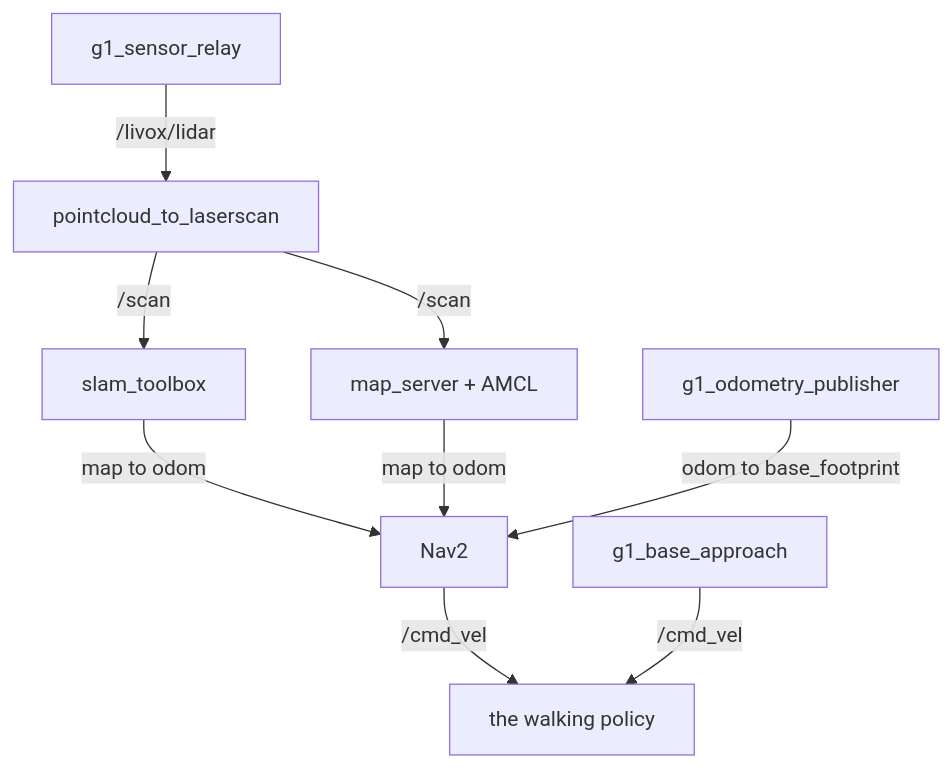
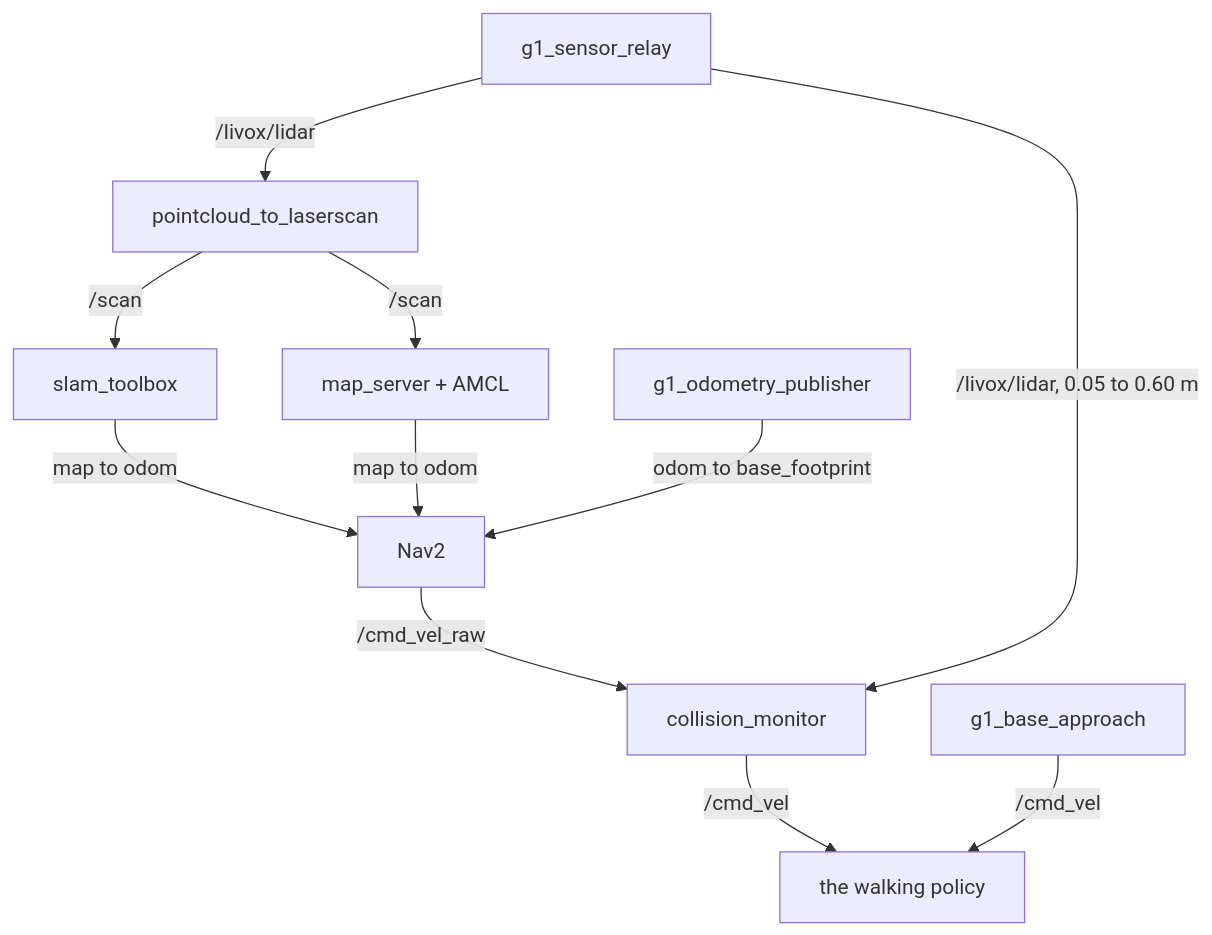
One commit to Adyansh04/grove-g1 changed the diagram in workspace/src/g1_navigation/README.md. Above: the diagram before and after it, drawn with Mermaid. The commit also changed other lines of this file and 3 other files, not shown here.

First line of the commit message:
Put Nav2's collision monitor between Nav2 and the gait

````diff
--- a/workspace/src/g1_navigation/README.md
+++ b/workspace/src/g1_navigation/README.md
@@ -7,11 +7,13 @@
 ```mermaid
 flowchart TB
     RELAY["g1_sensor_relay"] -- "/livox/lidar" --> SCAN["pointcloud_to_laserscan"]
     SCAN -- "/scan" --> SLAM["slam_toolbox"]
     SCAN -- "/scan" --> AMCL["map_server + AMCL"]
     SLAM -- "map to odom" --> NAV2
     AMCL -- "map to odom" --> NAV2
     ODOM["g1_odometry_publisher"] -- "odom to base_footprint" --> NAV2
-    NAV2["Nav2"] -- "/cmd_vel" --> POL["the walking policy"]
+    NAV2["Nav2"] -- "/cmd_vel_raw" --> MON["collision_monitor"]
+    RELAY -- "/livox/lidar, 0.05 to 0.60 m" --> MON
+    MON -- "/cmd_vel" --> POL["the walking policy"]
     APPR["g1_base_approach"] -- "/cmd_vel" --> POL
 ```
````
